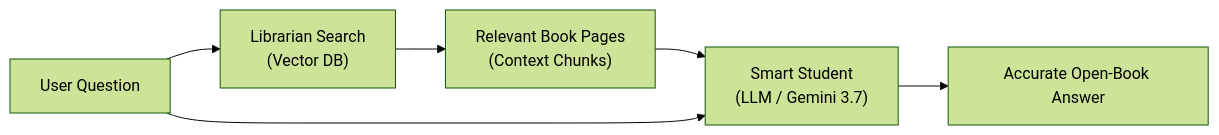
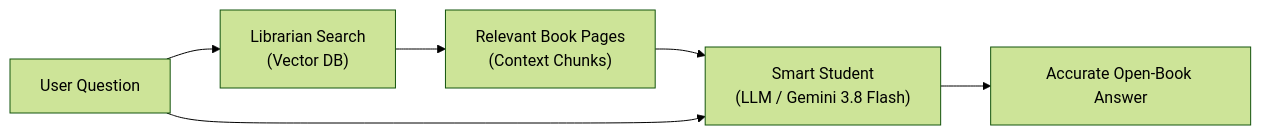
The second of 2 diagrams in skills/eli5-concept-explainer/SKILL.md (JAICHANGPARK/workshop-harness), drawn with Mermaid (forest theme) before and after one commit. The commit also changed 2 other files, not shown here.

Commit message:
fix(rules,skills): sync 2026 model tags and remove literal em-dashes in agent rules

````diff
--- a/skills/eli5-concept-explainer/SKILL.md
+++ b/skills/eli5-concept-explainer/SKILL.md
@@ -54,8 +54,8 @@
 ```mermaid
 flowchart LR
     User["User Question"] --> Search["Librarian Search<br>(Vector DB)"]
     Search --> Book["Relevant Book Pages<br>(Context Chunks)"]
-    Book --> LLM["Smart Student<br>(LLM / Gemini 3.7)"]
+    Book --> LLM["Smart Student<br>(LLM / Gemini 3.8 Flash)"]
     User --> LLM
     LLM --> Answer["Accurate Open-Book Answer"]
 ```
````
